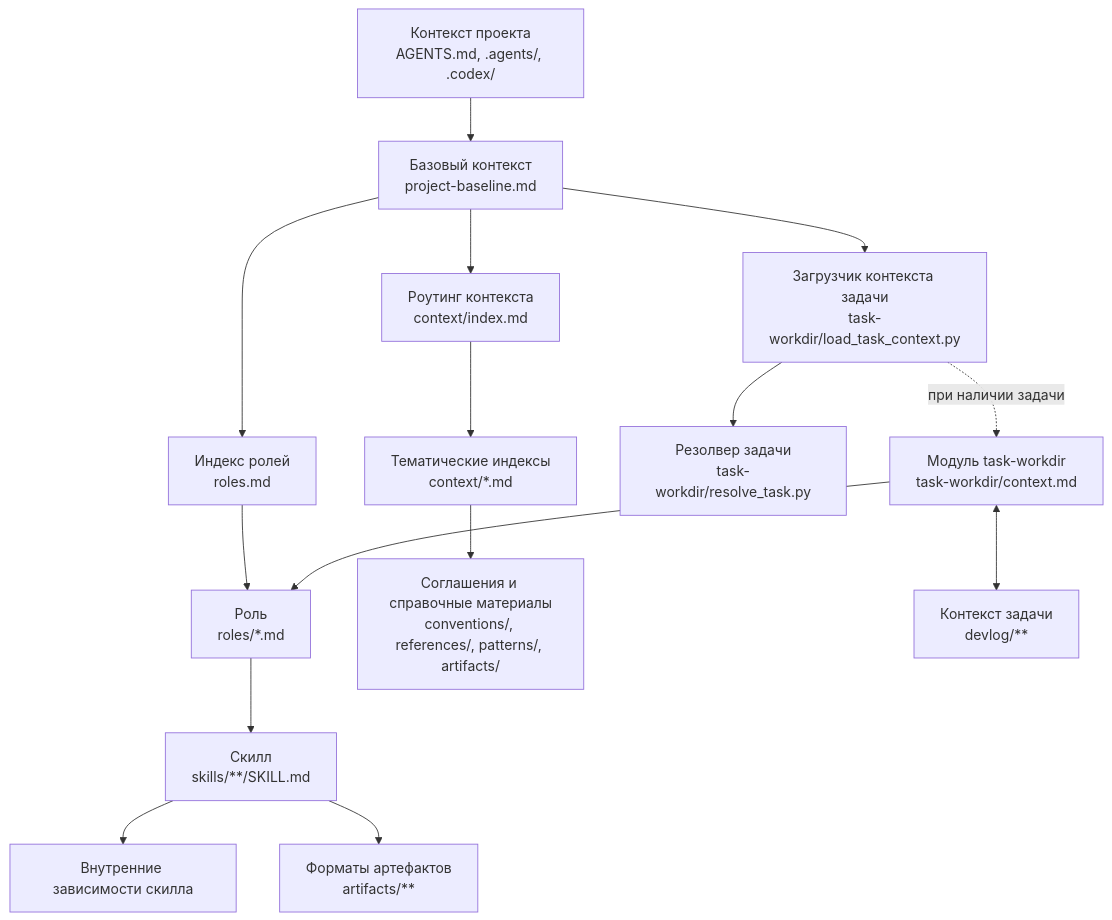
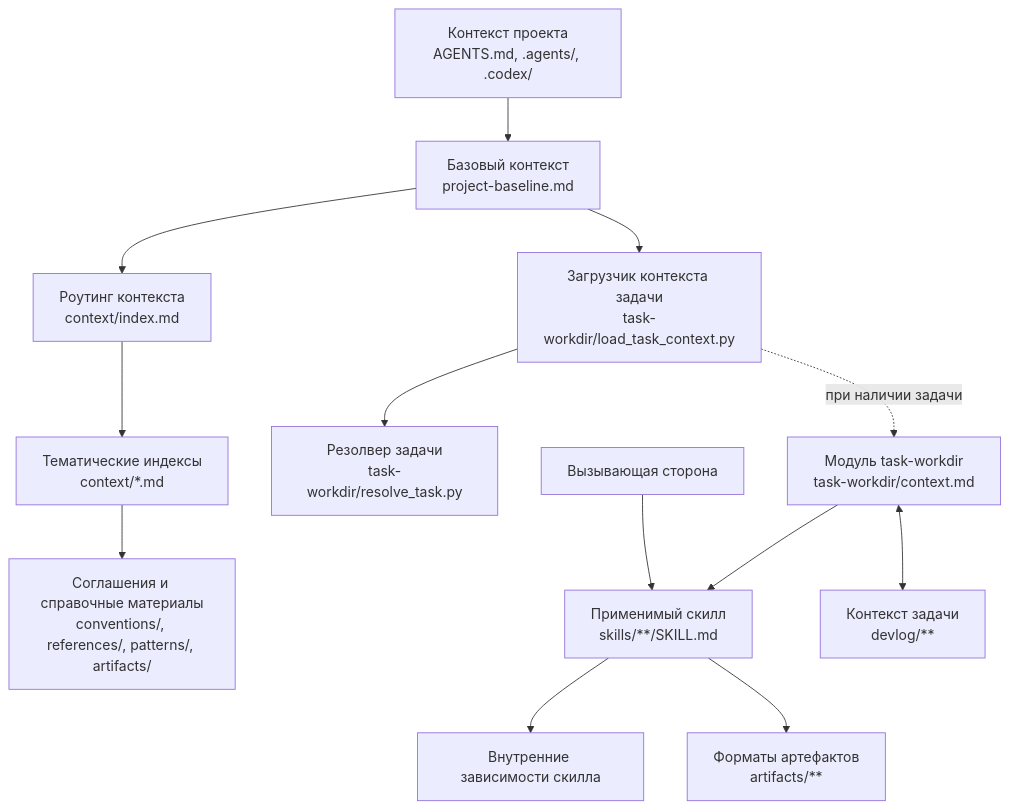
One commit to ergonomic-code/dot-agents changed the diagram in README.md. Above: the diagram before and after it, drawn with Mermaid. The commit also changed other lines of this file and 22 other files, not shown here.

````diff
--- a/README.md
+++ b/README.md
@@ -115,17 +115,15 @@
 ```mermaid
 flowchart TD
     Project[Контекст проекта<br/>AGENTS.md, .agents/, .codex/] --> Baseline[Базовый контекст<br/>project-baseline.md]
-    Baseline --> Roles[Индекс ролей<br/>roles.md]
-    Roles --> Role[Роль<br/>roles/*.md]
     Baseline --> Context[Роутинг контекста<br/>context/index.md]
     Context --> ContextIndexes[Тематические индексы<br/>context/*.md]
     ContextIndexes --> RoutedContext[Соглашения и справочные материалы<br/>conventions/, references/, patterns/, artifacts/]
     Baseline --> TaskLoader[Загрузчик контекста задачи<br/>task-workdir/load_task_context.py]
     TaskLoader --> TaskResolver[Резолвер задачи<br/>task-workdir/resolve_task.py]
     TaskLoader -. при наличии задачи .-> TaskModule[Модуль task-workdir<br/>task-workdir/context.md]
-    TaskModule --> Role
-    Role --> Skill[Скилл<br/>skills/**/SKILL.md]
+    TaskModule --> Skill[Применимый скилл<br/>skills/**/SKILL.md]
+    Caller[Вызывающая сторона] --> Skill
     Skill --> Intrinsic[Внутренние зависимости скилла]
     Skill --> Artifacts[Форматы артефактов<br/>artifacts/**]
     TaskModule <--> Task[Контекст задачи<br/>devlog/**]
 ```
````
